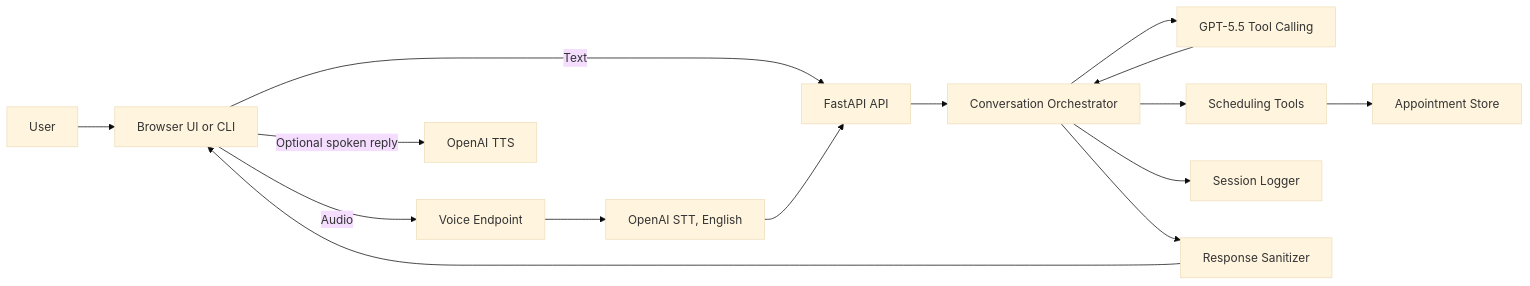
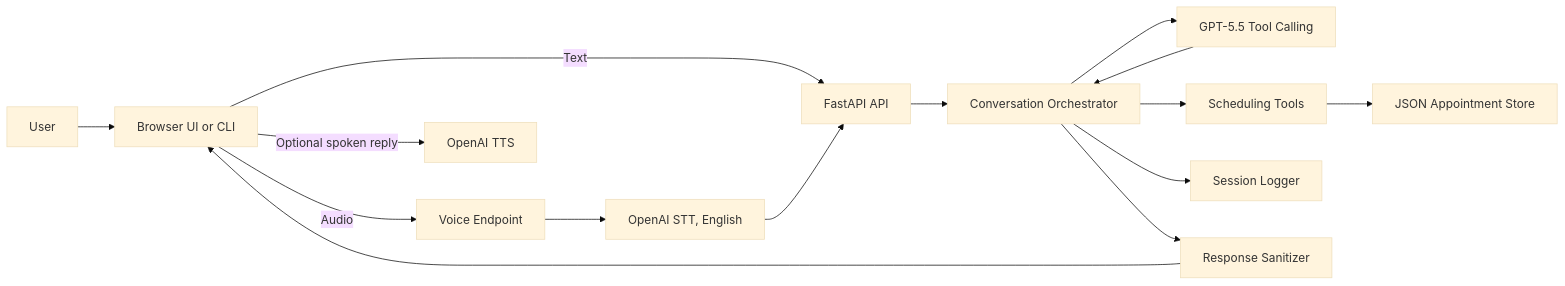
One commit to amankumarhal/scheduling_agent changed the first of 3 diagrams in docs/ARCHITECTURE.md. Above: the diagram before and after it, drawn with Mermaid (base theme). The commit also changed other lines of this file and 7 other files, not shown here.

Commit message:
Add JSON appointment persistence

````diff
--- a/docs/ARCHITECTURE.md
+++ b/docs/ARCHITECTURE.md
@@ -39,17 +39,17 @@
 ```mermaid
 flowchart LR
     User[User] --> Client[Browser UI or CLI]
     Client -->|Text| API[FastAPI API]
     Client -->|Audio| Voice[Voice Endpoint]
     Voice --> STT[OpenAI STT, English]
     STT --> API
     API --> Orchestrator[Conversation Orchestrator]
     Orchestrator --> Model[GPT-5.5 Tool Calling]
     Model --> Orchestrator
     Orchestrator --> Tools[Scheduling Tools]
-    Tools --> Store[Appointment Store]
+    Tools --> Store[JSON Appointment Store]
     Orchestrator --> Logger[Session Logger]
     Orchestrator --> Sanitizer[Response Sanitizer]
     Sanitizer --> Client
     Client -->|Optional spoken reply| TTS[OpenAI TTS]
 ```
````
